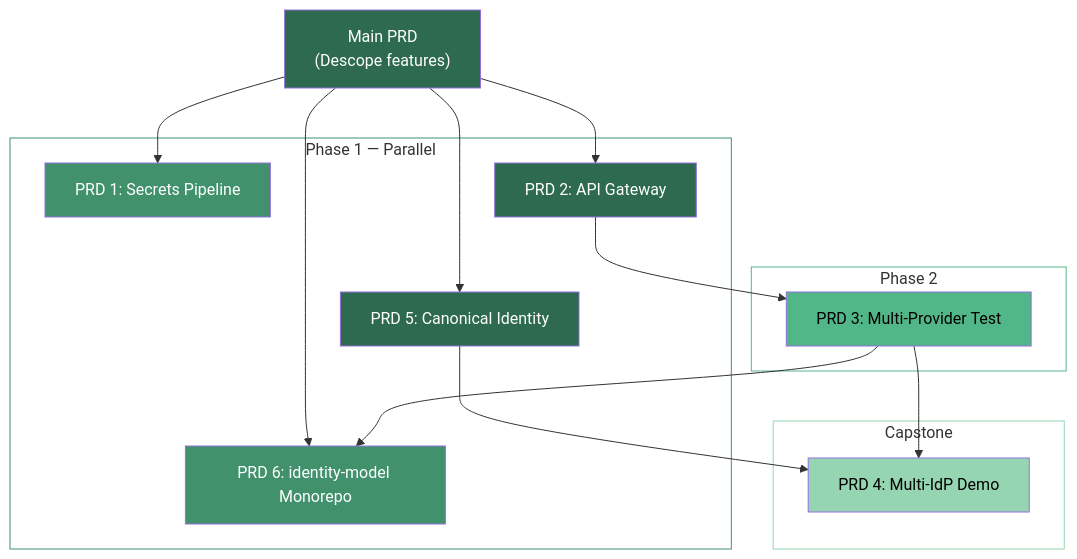
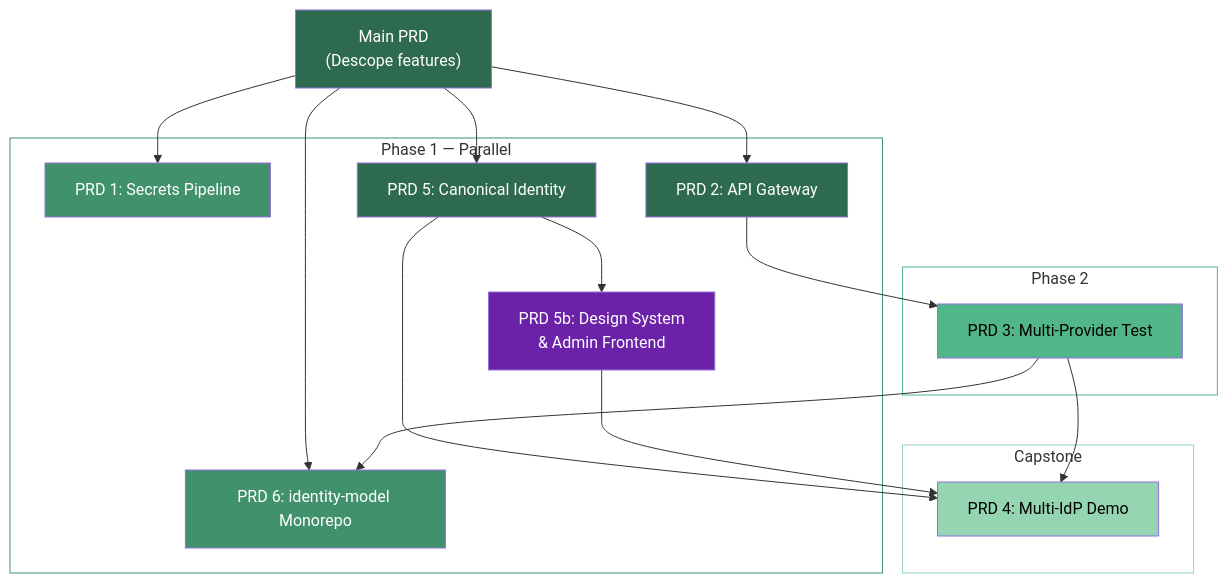
Before and after one commit to jamescrowley321/identity-stack-planning: the diagram in docs/roadmap.md, drawn with Mermaid. The commit also changed other lines of this file and 11 other files, not shown here.

First line of the commit message:
feat: add design system integration planning (PRD 5b)

````diff
--- a/docs/roadmap.md
+++ b/docs/roadmap.md
@@ -19,39 +20,43 @@
 ```mermaid
 graph TD
     MAIN["Main PRD<br/>(Descope features)"]
 
     subgraph phase1["Phase 1 — Parallel"]
         PRD1["PRD 1: Secrets Pipeline"]
         PRD2["PRD 2: API Gateway"]
         PRD5["PRD 5: Canonical Identity"]
+        PRD5b["PRD 5b: Design System<br/>& Admin Frontend"]
         PRD6["PRD 6: identity-model Monorepo"]
     end
 
     subgraph phase2["Phase 2"]
         PRD3["PRD 3: Multi-Provider Test"]
     end
 
     subgraph capstone["Capstone"]
         PRD4["PRD 4: Multi-IdP Demo"]
     end
 
     MAIN --> PRD1
     MAIN --> PRD2
     MAIN --> PRD5
+    PRD5 --> PRD5b
     MAIN --> PRD6
     PRD2 --> PRD3
     PRD3 --> PRD4
     PRD5 --> PRD4
+    PRD5b --> PRD4
     PRD3 --> PRD6
 
     style MAIN fill:#2d6a4f,color:#fff
     style PRD5 fill:#2d6a4f,color:#fff
     style PRD2 fill:#2d6a4f,color:#fff
+    style PRD5b fill:#6b21a8,color:#fff
     style PRD1 fill:#40916c,color:#fff
     style PRD3 fill:#52b788,color:#000
     style PRD4 fill:#95d5b2,color:#000
     style PRD6 fill:#40916c,color:#fff
     style phase1 fill:none,stroke:#40916c
     style phase2 fill:none,stroke:#52b788
     style capstone fill:none,stroke:#95d5b2
 ```
````
